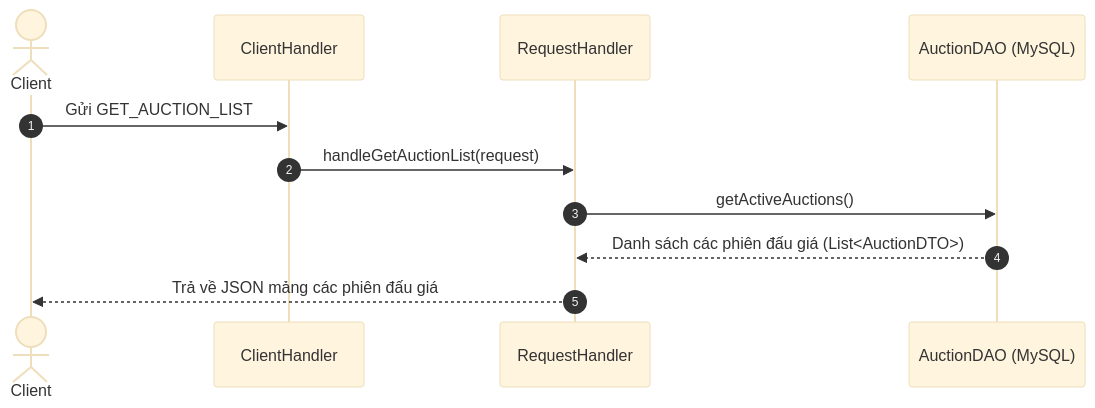
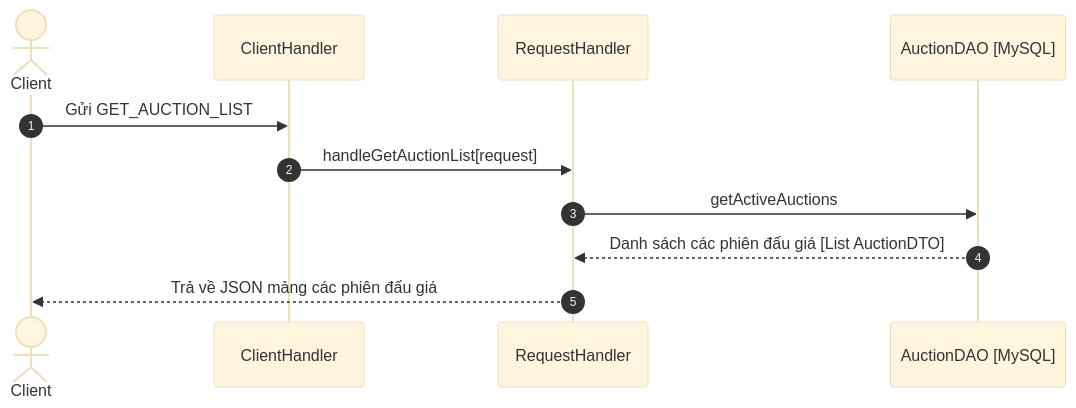
The second of 4 diagrams in DocsJava/ARCHITECTURE_AND_SEQUENCE.md (vietquanntt-collab/LTNC-BTL), drawn with Mermaid (base theme) before and after one commit. The commit also changed other lines of this file, not shown here.

Commit message:
fix(docs): fix mermaid syntax for github markdown rendering

````diff
--- a/DocsJava/ARCHITECTURE_AND_SEQUENCE.md
+++ b/DocsJava/ARCHITECTURE_AND_SEQUENCE.md
@@ -27,14 +27,14 @@
 ```mermaid
 sequenceDiagram
     autonumber
     actor Client
     participant CH as ClientHandler
     participant RH as RequestHandler
-    participant DB as AuctionDAO (MySQL)
+    participant DB as AuctionDAO [MySQL]
 
     Client->>CH: Gửi GET_AUCTION_LIST
-    CH->>RH: handleGetAuctionList(request)
-    RH->>DB: getActiveAuctions()
-    DB-->>RH: Danh sách các phiên đấu giá (List<AuctionDTO>)
+    CH->>RH: handleGetAuctionList[request]
+    RH->>DB: getActiveAuctions
+    DB-->>RH: Danh sách các phiên đấu giá [List AuctionDTO]
     RH-->>Client: Trả về JSON mảng các phiên đấu giá
 ```
````
